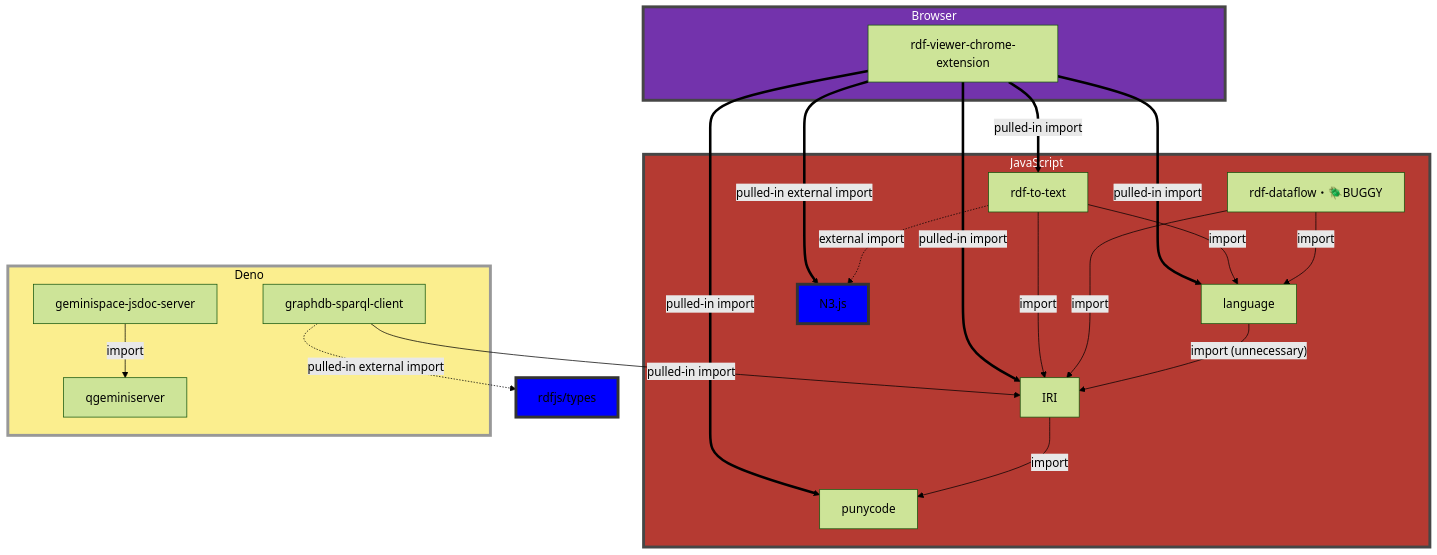
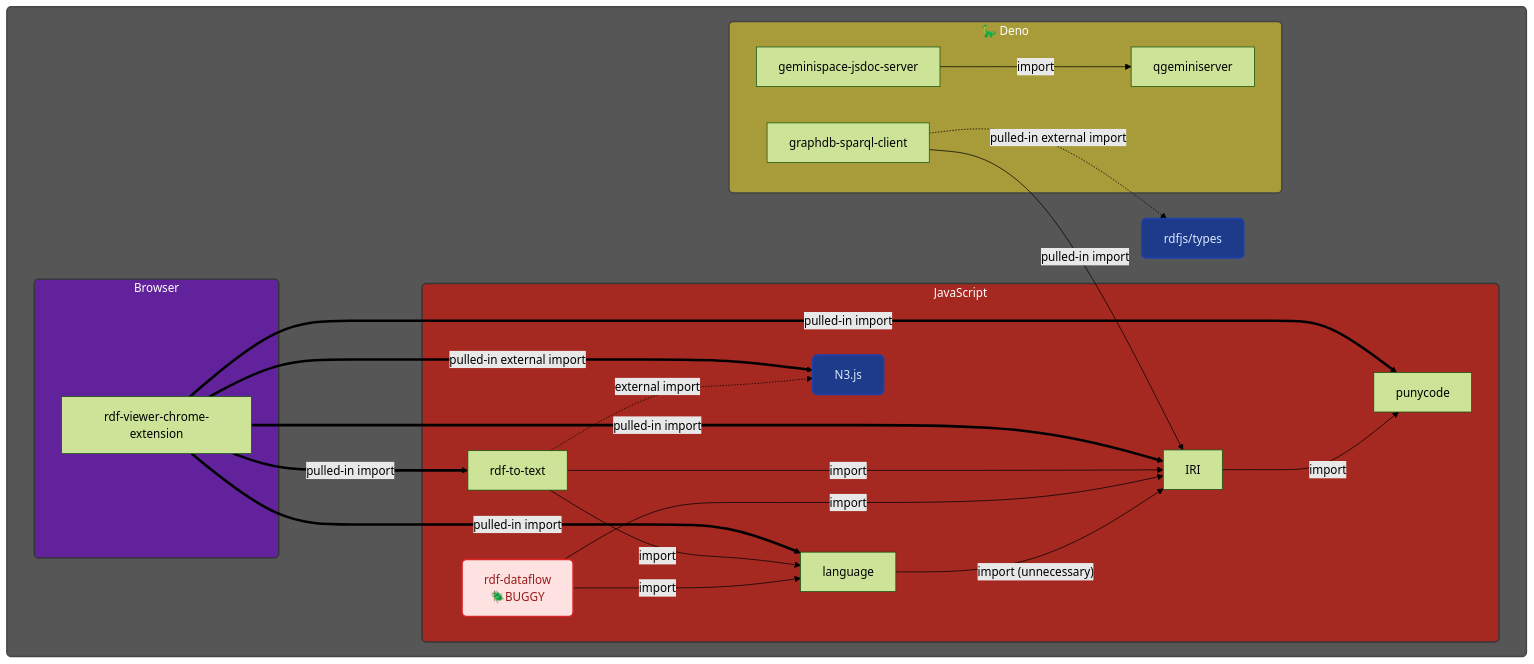
The diagram in README.md (doga/doga), drawn with Mermaid (forest theme) before and after one commit.

Commit message:
Enhance README Mermaid diagram with new subgraphs
Updated the Mermaid diagram in the README to include new subgraphs and styles for better visualization.

````diff
--- a/README.md
+++ b/README.md
@@ -15,56 +15,71 @@
 ```mermaid
 flowchart TD
-    subgraph javascript["JavaScript"]
-        punycode
-        IRI
-        language
-        rdf-dataflow["rdf-dataflow・🪲BUGGY"]
-        rdf-to-text
-        n3["N3.js"]:::external
+    subgraph all[" "]
+        subgraph javascript["JavaScript"]
+            punycode
+            IRI
+            language
+            rdf-dataflow["rdf-dataflow<br>🪲BUGGY"]:::buggy
+            rdf-to-text
+            n3["N3.js"]:::external
+        end
+
+        subgraph browser["Browser"]
+            rdf-viewer-chrome-extension
+        end
+
+        subgraph deno["🦕 Deno"]
+            graphdb-sparql-client
+            qgeminiserver
+            geminispace-jsdoc-server
+        end
+
+        rdfjs-types["rdfjs/types"]:::external
     end
 
-    subgraph browser["Browser"]
-        rdf-viewer-chrome-extension
-    end
-
-    subgraph deno["Deno"]
-        graphdb-sparql-client
-        qgeminiserver
-        geminispace-jsdoc-server
-    end
-
-    rdfjs-types["rdfjs/types"]:::external
-
+    %% ═══ Edges ═══
     IRI -- import --> punycode
     language -- import (unnecessary) --> IRI
     rdf-dataflow -- import --> IRI
     rdf-dataflow -- import --> language
     rdf-to-text -. external import .-> n3
     rdf-to-text -- import --> IRI
     rdf-to-text -- import --> language
     rdf-viewer-chrome-extension == pulled-in import ==> language
     rdf-viewer-chrome-extension == pulled-in import ==> IRI
     rdf-viewer-chrome-extension == pulled-in import ==> punycode
     rdf-viewer-chrome-extension == pulled-in import ==> rdf-to-text
     rdf-viewer-chrome-extension == pulled-in external import ==> n3
     geminispace-jsdoc-server -- import --> qgeminiserver
     graphdb-sparql-client -- pulled-in import --> IRI
     graphdb-sparql-client -. pulled-in external import .-> rdfjs-types
 
+    %% ═══ Click targets ═══
     click punycode "https://github.com/doga/punycode"
     click IRI "https://github.com/doga/IRI"
     click language "https://github.com/doga/language"
     click rdf-dataflow "https://github.com/doga/rdf-dataflow"
     click rdf-to-text "https://github.com/doga/rdf-to-text"
     click rdf-viewer-chrome-extension "https://github.com/doga/rdf-viewer-chrome-extension"
     click n3 "https://github.com/rdfjs/N3.js"
     click rdfjs-types "https://github.com/rdfjs/types"
     click graphdb-sparql-client "https://jsr.io/@arma/graphdb-sparql-client"
     click geminispace-jsdoc-server "https://jsr.io/@arma/geminispace-jsdoc-server"
     click qgeminiserver "https://jsr.io/@arma/qgeminiserver"
 
-    style deno fill:#F8DF20,stroke:#333,stroke-width:4px,color:black,opacity:0.5;
-    style browser fill:#641DA4,stroke:#333,stroke-width:4px,color:white,opacity:0.9;
-    style javascript fill:#AE251C,stroke:#333,stroke-width:4px,color:white,opacity:0.9;
-    classDef external fill:blue,stroke:#333,stroke-width:4px;
+    %% ═══ Classes ═══
+    classDef external fill:#1e3a8a,stroke:#1e40af,stroke-width:2px,color:#dbeafe,rx:6,ry:6
+    classDef buggy fill:#fee2e2,stroke:#dc2626,stroke-width:2px,color:#991b1b,rx:6,ry:6
+
+    %% ═══ Styles ═══
+    %%style javascript fill:#FEF3C7,stroke:#D97706,stroke-width:2px,color:#78350F,rx:6,ry:6
+    %%style browser fill:#EDE9FE,stroke:#7C3AED,stroke-width:2px,color:#4C1D95,rx:6,ry:6
+    %%style deno fill:#ECFEFF,stroke:#0891B2,stroke-width:2px,color:#164E63,rx:6,ry:6
+
+    style deno fill:#F8DF20,stroke:#333,stroke-width:2px,color:white,rx:6,ry:6,opacity:0.5;
+    style browser fill:#641DA4,stroke:#333,stroke-width:2px,color:white,rx:6,ry:6,opacity:0.9;
+    style javascript fill:#AE251C,stroke:#333,stroke-width:2px,color:white,rx:6,ry:6,opacity:0.9;
+    style all fill:#444,stroke:#333,stroke-width:2px,color:white,rx:6,ry:6,opacity:0.9;
+
+    %%linkStyle 3 stroke:#ff3,stroke-width:4px,color:red;
 ```
````
